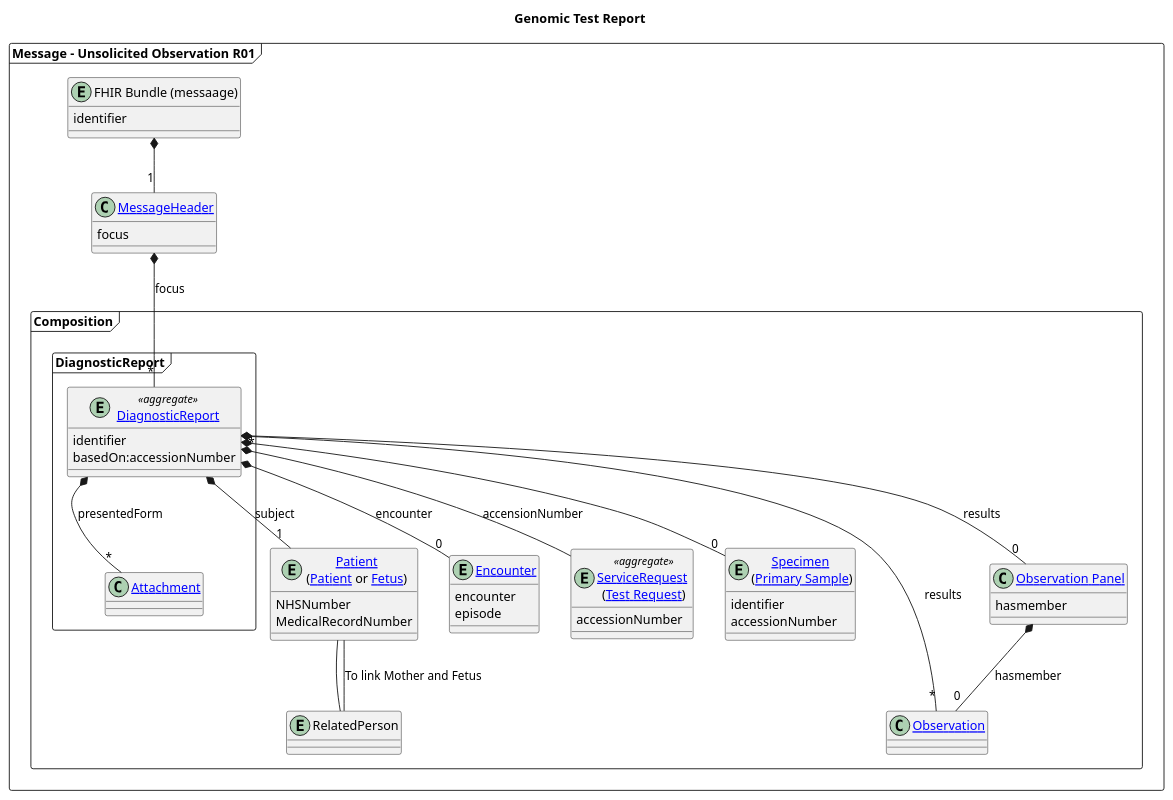
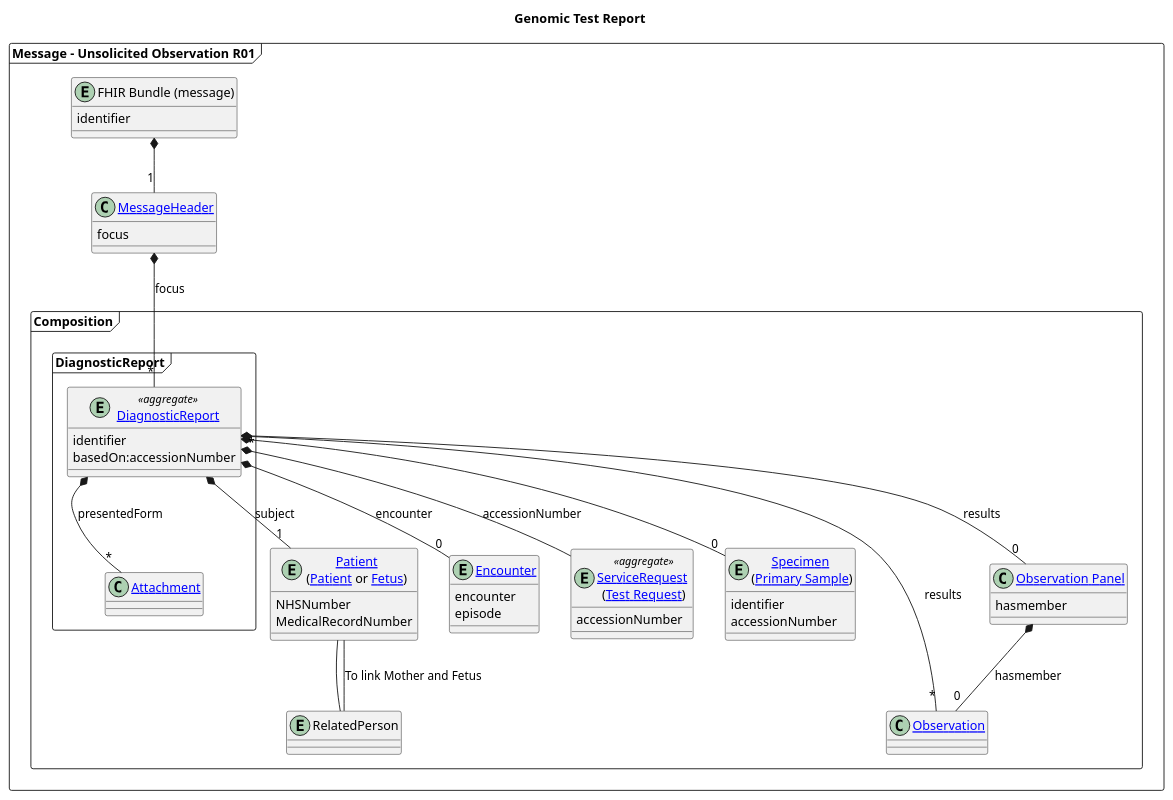
Before and after one commit to nw-gmsa/nw-gmsa.github.com: the diagram in input/images-source/reports-model.plantuml, drawn with PlantUML. The commit also changed 4 other files, not shown here.

```diff
--- a/input/images-source/reports-model.plantuml
+++ b/input/images-source/reports-model.plantuml
@@ -1,72 +1,72 @@
 @startuml
 
 skinparam svgDimensionStyle false
 
 title "Genomic Test Report"
 
 frame "Message - Unsolicited Observation R01" as Message {
 
-entity "FHIR Bundle (messaage)" as oru {
+entity "FHIR Bundle (message)" as oru {
 identifier
 }
 
 class "[[StructureDefinition-MessageHeader.html MessageHeader]]" as MSH {
  focus
 }
 
   frame Composition {
      entity "[[StructureDefinition-Patient.html Patient]]\n([[https://simplifier.net/guide/fhir-genomics-implementation-guide/Home/Design/Clinicalheadings#Patient Patient]] or [[https://simplifier.net/guide/fhir-genomics-implementation-guide/Home/Design/Clinicalheadings#Fetus Fetus]])" as PID {
     NHSNumber
     MedicalRecordNumber
     }
 
     entity "[[StructureDefinition-Encounter.html Encounter]]" as PV1 {
     encounter
     episode
     }
 
     entity "[[StructureDefinition-ServiceRequest.html ServiceRequest]] \n([[https://simplifier.net/guide/fhir-genomics-implementation-guide/Home/Design/Clinicalheadings#Test-Request Test Request]])" as ORC <<aggregate>> {
       accessionNumber
     }
 
     entity "[[StructureDefinition-Specimen.html Specimen]] \n([[https://simplifier.net/guide/fhir-genomics-implementation-guide/Home/Design/Clinicalheadings#Primary-Sample Primary Sample]])" as SPM {
     identifier
     accessionNumber
     }
 
    class "[[StructureDefinition-Observation.html Observation]]" as OBX {
       }
 
 
       class "[[StructureDefinition-Observation-Panel.html Observation Panel]]" as panel {
       hasmember
       }
 
 
     frame DiagnosticReport {
     entity "[[StructureDefinition-DiagnosticReport.html DiagnosticReport]]" as OBR <<aggregate>> {
          identifier
          basedOn:accessionNumber
     }
     class "[[StructureDefinition-Attachment.html Attachment]]" as OBX2
 
     }
     entity "RelatedPerson" as NK1
 
      panel *-d- "0" OBX: hasmember
   }
 }
 
 oru *-d- "1" MSH
 MSH *-d- "*" OBR: focus
 OBR *-- "0" SPM
-OBR "*" *--  ORC : accensionNumber
+OBR "*" *--  ORC : accessionNumber
 OBR *-- "1" PID : subject
 OBR *-- "0" PV1 : encounter
 OBR *-- "*" OBX : results
 OBR *-- "0" panel: results
 OBR *-- "*" OBX2: presentedForm
 NK1 -- PID : To link Mother and Fetus
 PID -- NK1
 
 @enduml
```
